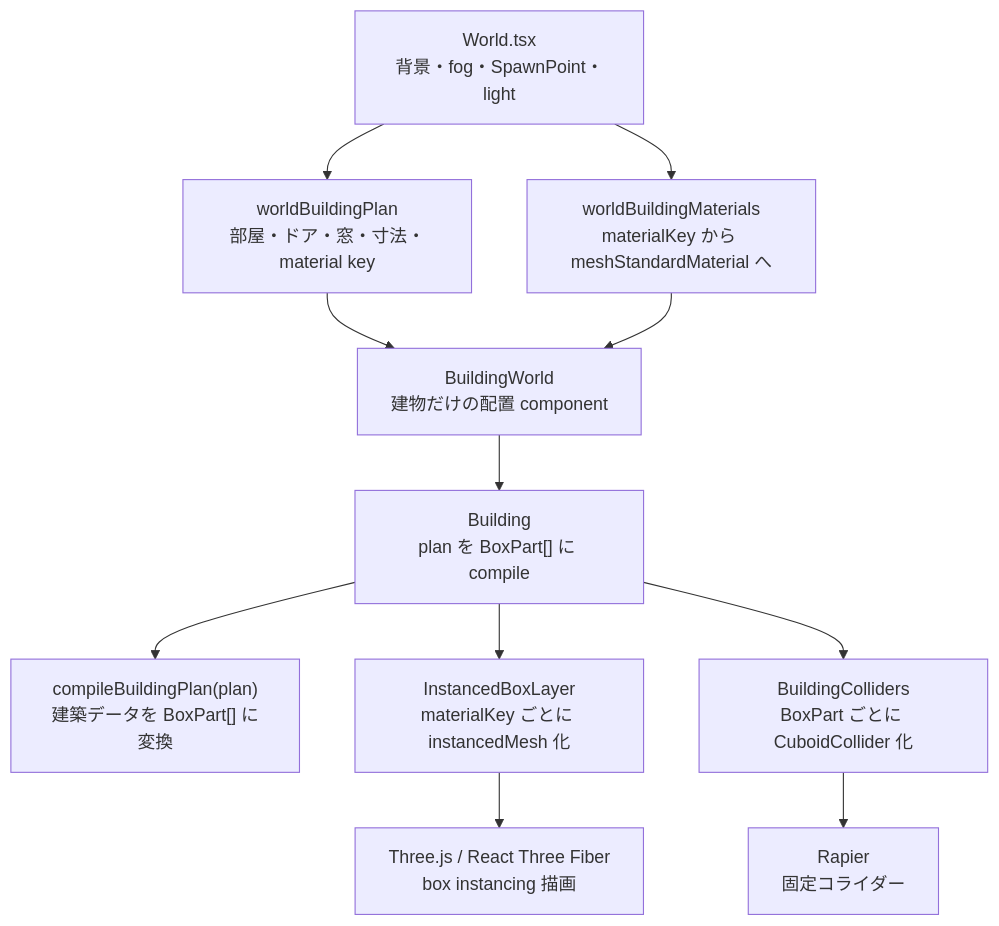
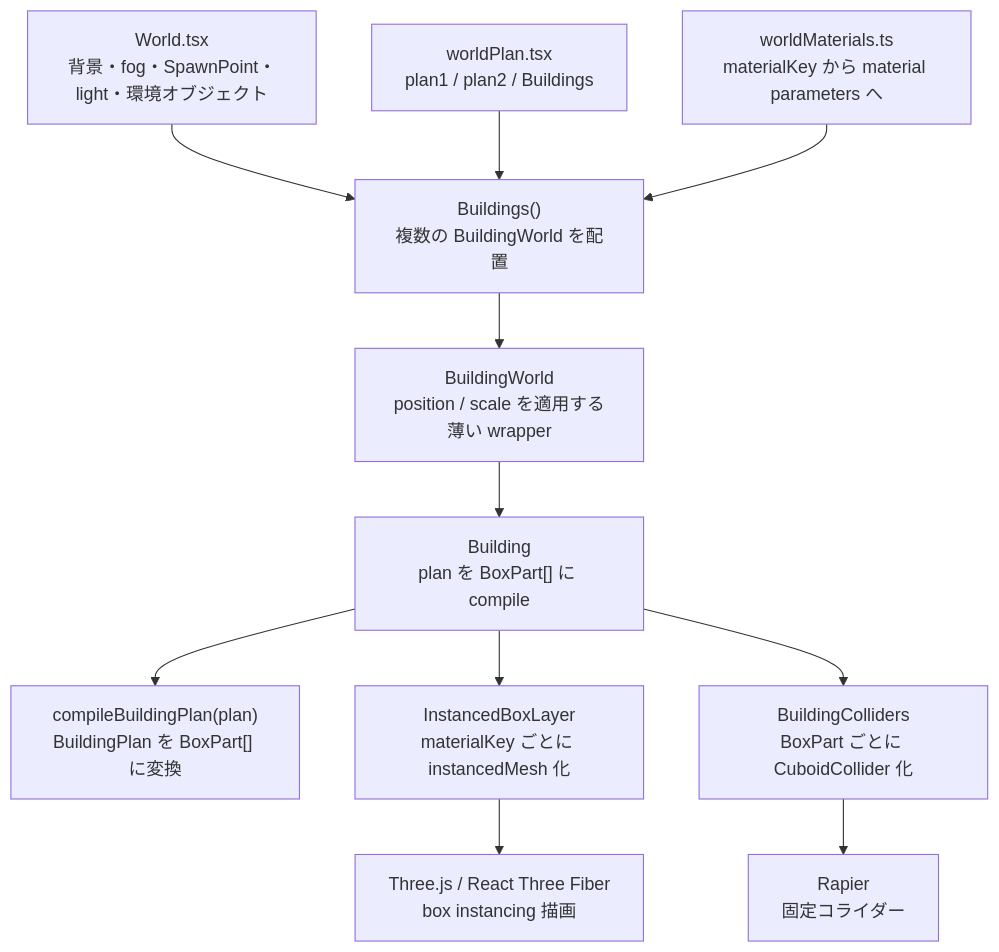
The diagram in src/building/architecture.md (wakufactory/xrift-building), drawn with Mermaid before and after one commit. The commit also changed other lines of this file and 1 other file, not shown here.

````diff
--- a/src/building/architecture.md
+++ b/src/building/architecture.md
@@ -11,13 +13,13 @@
 ```mermaid
 flowchart TD
-  A["World.tsx<br/>背景・fog・SpawnPoint・light"] --> B["worldBuildingPlan<br/>部屋・ドア・窓・寸法・material key"]
-  A --> C["worldBuildingMaterials<br/>materialKey から meshStandardMaterial へ"]
-  B --> D["BuildingWorld<br/>建物だけの配置 component"]
-  C --> D
-  D --> E["Building<br/>plan を BoxPart[] に compile"]
-  E --> F["compileBuildingPlan(plan)<br/>建築データを BoxPart[] に変換"]
-  E --> G["InstancedBoxLayer<br/>materialKey ごとに instancedMesh 化"]
-  E --> H["BuildingColliders<br/>BoxPart ごとに CuboidCollider 化"]
-  G --> I["Three.js / React Three Fiber<br/>box instancing 描画"]
-  H --> J["Rapier<br/>固定コライダー"]
+  A["World.tsx<br/>背景・fog・SpawnPoint・light・環境オブジェクト"] --> B["Buildings()<br/>複数の BuildingWorld を配置"]
+  C["worldPlan.tsx<br/>plan1 / plan2 / Buildings"] --> B
+  D["worldMaterials.ts<br/>materialKey から material parameters へ"] --> B
+  B --> E["BuildingWorld<br/>position / scale を適用する薄い wrapper"]
+  E --> F["Building<br/>plan を BoxPart[] に compile"]
+  F --> G["compileBuildingPlan(plan)<br/>BuildingPlan を BoxPart[] に変換"]
+  F --> H["InstancedBoxLayer<br/>materialKey ごとに instancedMesh 化"]
+  F --> I["BuildingColliders<br/>BoxPart ごとに CuboidCollider 化"]
+  H --> J["Three.js / React Three Fiber<br/>box instancing 描画"]
+  I --> K["Rapier<br/>固定コライダー"]
 ```
````
